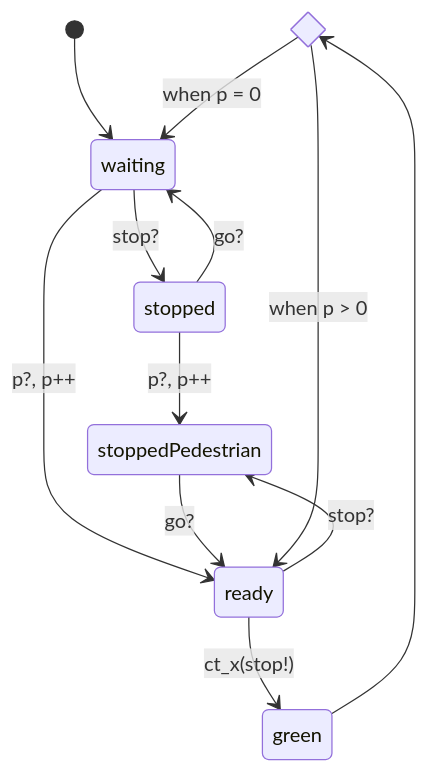
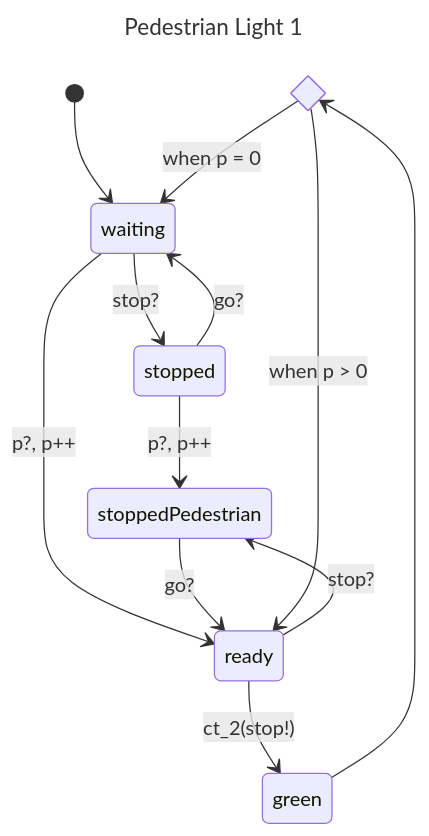
The second of 2 diagrams in COMP3153/System Model - Vinayak Fialok.md (VinayakFia/Obsidian), drawn with Mermaid before and after one commit. The commit also changed other lines of this file, not shown here.

Commit message:
vault backup: 2024-09-20 12:54:14

````diff
--- a/COMP3153/System Model - Vinayak Fialok.md
+++ b/COMP3153/System Model - Vinayak Fialok.md
@@ -66,16 +66,19 @@
 ```mermaid
+---
+title: Pedestrian Light 1
+---
 stateDiagram-v2
 	state after_green <<choice>>
 
 	[*] --> waiting
 	waiting --> stopped : stop?
 	stopped --> stoppedPedestrian : p?, p++
 	stopped --> waiting : go?
 	waiting --> ready : p?, p++
 	stoppedPedestrian --> ready : go?
 	ready --> stoppedPedestrian : stop?
-	ready --> green : ct_x(stop!)
+	ready --> green : ct_2(stop!)
 	green --> after_green
 	after_green --> waiting : when p = 0
 	after_green --> ready : when p > 0
 ```
````
